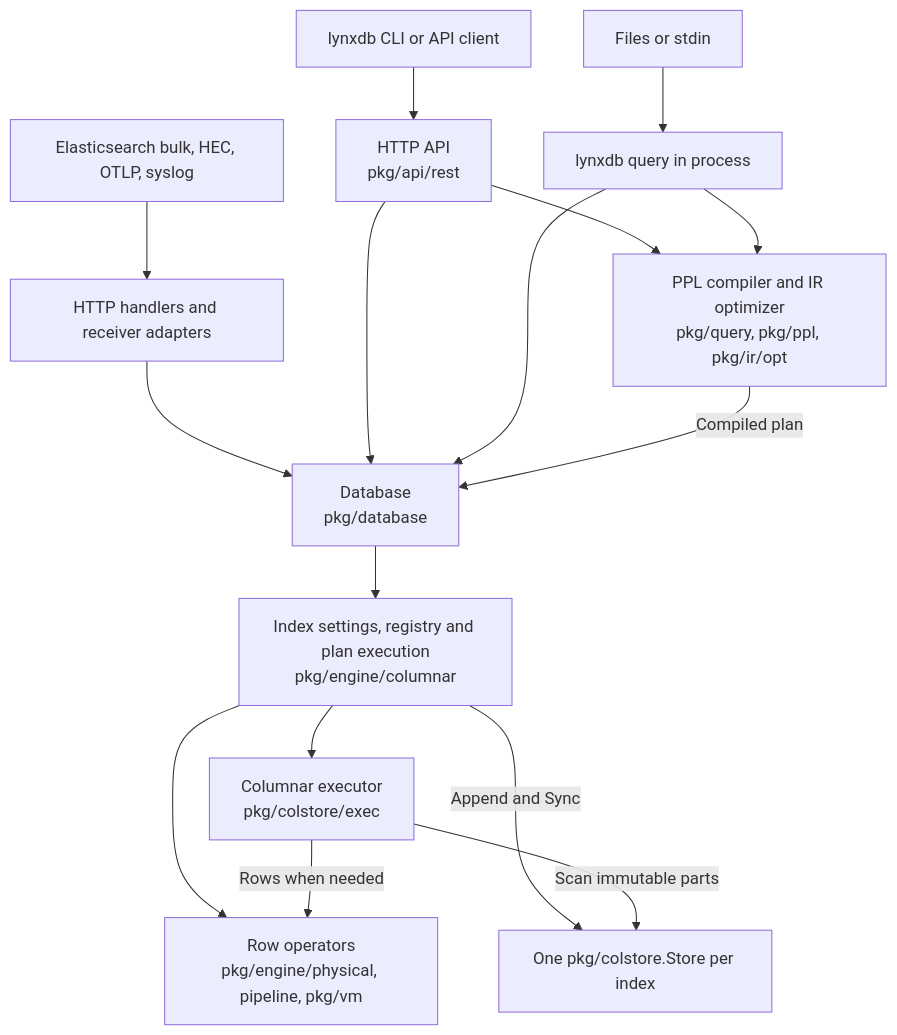
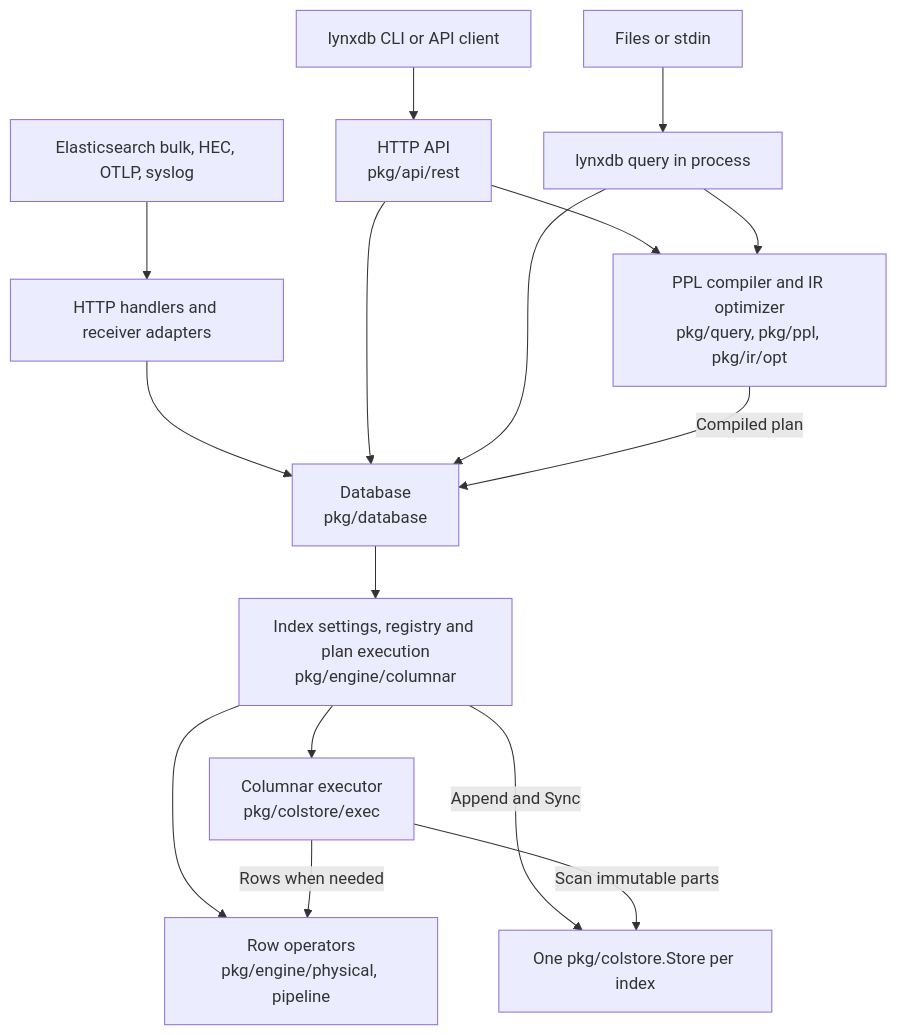
The first of 2 diagrams in docs/site/docs/architecture/overview.md (lynxbase/lynxdb), drawn with Mermaid before and after one commit. The commit also changed other lines of this file and 9 other files, not shown here.

Commit message:
docs: describe the row operators on the columnar executor's semantics

````diff
--- a/docs/site/docs/architecture/overview.md
+++ b/docs/site/docs/architecture/overview.md
@@ -15,18 +15,18 @@
 ```mermaid
 flowchart TD
     Files["Files or stdin"] --> Local["lynxdb query in process"]
     Client["lynxdb CLI or API client"] --> HTTP["HTTP API<br/>pkg/api/rest"]
     Shippers["Elasticsearch bulk, HEC, OTLP, syslog"] --> Ingest["HTTP handlers and receiver adapters"]
     Ingest --> DB["Database<br/>pkg/database"]
     HTTP --> DB
     Local --> DB
     HTTP --> Compile["PPL compiler and IR optimizer<br/>pkg/query, pkg/ppl, pkg/ir/opt"]
     Local --> Compile
     Compile -->|"Compiled plan"| DB
     DB --> Core["Index settings, registry and plan execution<br/>pkg/engine/columnar"]
     Core --> Blocks["Columnar executor<br/>pkg/colstore/exec"]
-    Core --> Rows["Row operators<br/>pkg/engine/physical, pipeline, pkg/vm"]
+    Core --> Rows["Row operators<br/>pkg/engine/physical, pipeline"]
     Blocks -->|"Rows when needed"| Rows
     Core -->|"Append and Sync"| Store["One pkg/colstore.Store per index"]
     Blocks -->|"Scan immutable parts"| Store
 ```
````
